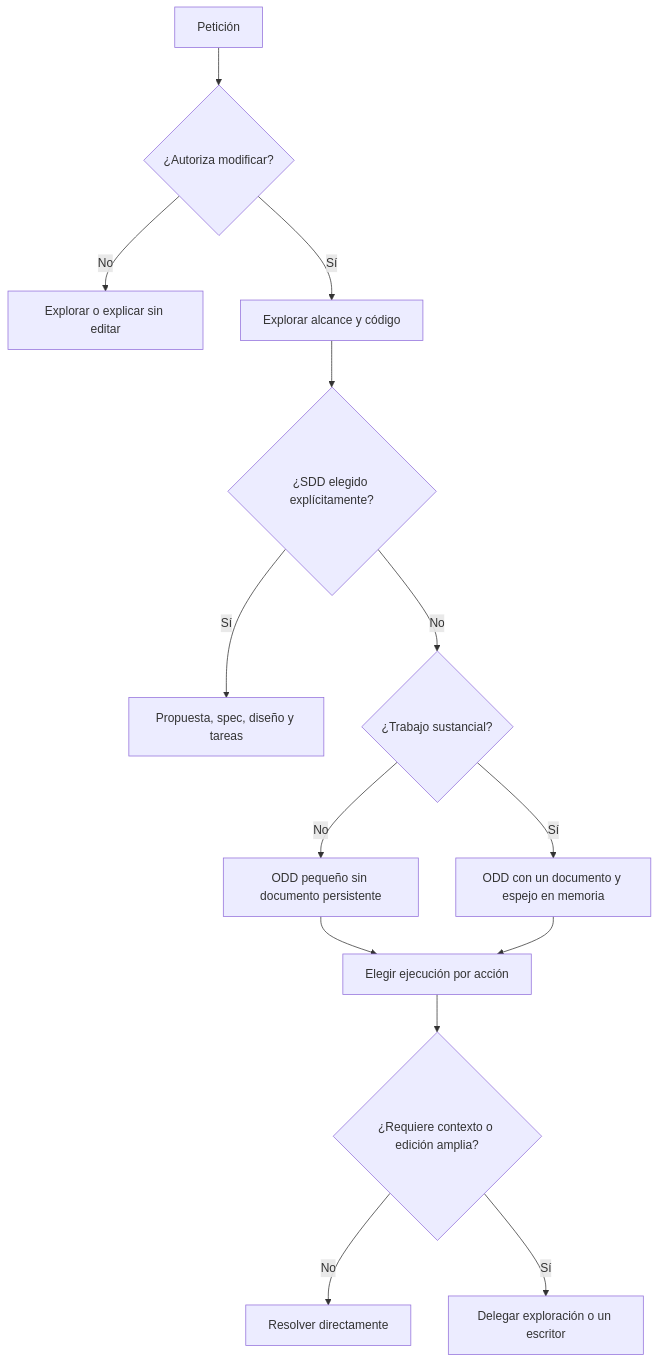
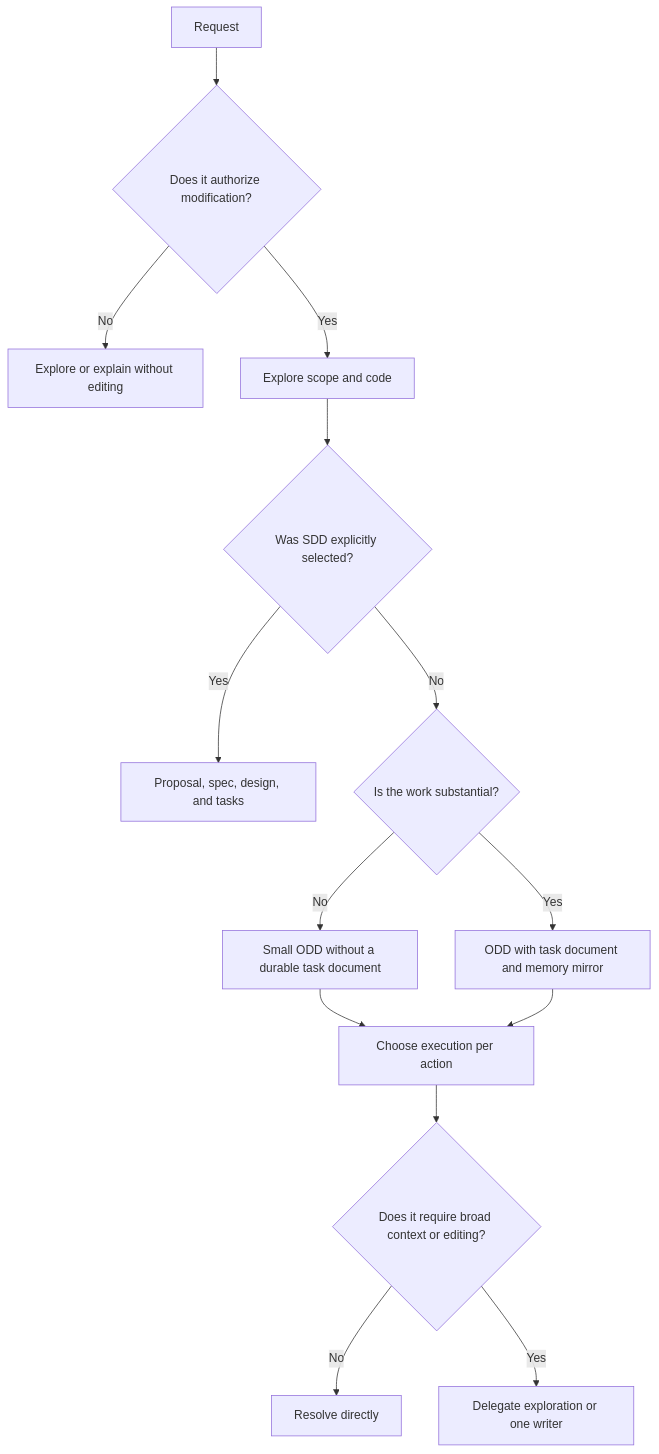
The first of 5 diagrams in docs/GENTLE_ODD_TDD_RDD_GUIDE.md (Maicololiveras/flugo-gentle), drawn with Mermaid before and after one commit. The commit also changed other lines of this file and 9 other files, not shown here.

````diff
--- a/docs/GENTLE_ODD_TDD_RDD_GUIDE.md
+++ b/docs/GENTLE_ODD_TDD_RDD_GUIDE.md
@@ -26,16 +30,16 @@
 ```mermaid
 flowchart TD
-    A[Petición] --> B{¿Autoriza modificar?}
-    B -->|No| C[Explorar o explicar sin editar]
-    B -->|Sí| D[Explorar alcance y código]
-    D --> E{¿SDD elegido explícitamente?}
-    E -->|Sí| F[Propuesta, spec, diseño y tareas]
-    E -->|No| G{¿Trabajo sustancial?}
-    G -->|No| H[ODD pequeño sin documento persistente]
-    G -->|Sí| I[ODD con un documento y espejo en memoria]
-    H --> J[Elegir ejecución por acción]
+    A[Request] --> B{Does it authorize modification?}
+    B -->|No| C[Explore or explain without editing]
+    B -->|Yes| D[Explore scope and code]
+    D --> E{Was SDD explicitly selected?}
+    E -->|Yes| F[Proposal, spec, design, and tasks]
+    E -->|No| G{Is the work substantial?}
+    G -->|No| H[Small ODD without a durable task document]
+    G -->|Yes| I[ODD with task document and memory mirror]
+    H --> J[Choose execution per action]
     I --> J
-    J --> K{¿Requiere contexto o edición amplia?}
-    K -->|No| L[Resolver directamente]
-    K -->|Sí| M[Delegar exploración o un escritor]
+    J --> K{Does it require broad context or editing?}
+    K -->|No| L[Resolve directly]
+    K -->|Yes| M[Delegate exploration or one writer]
 ```
````
